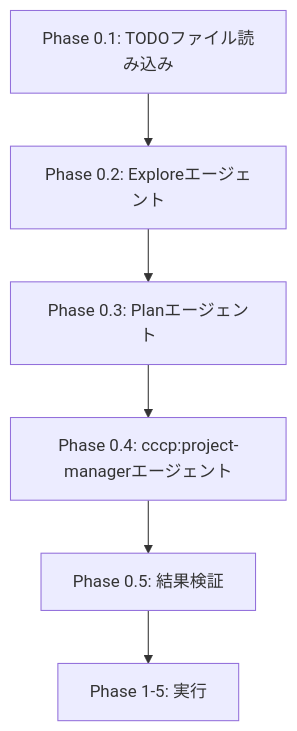
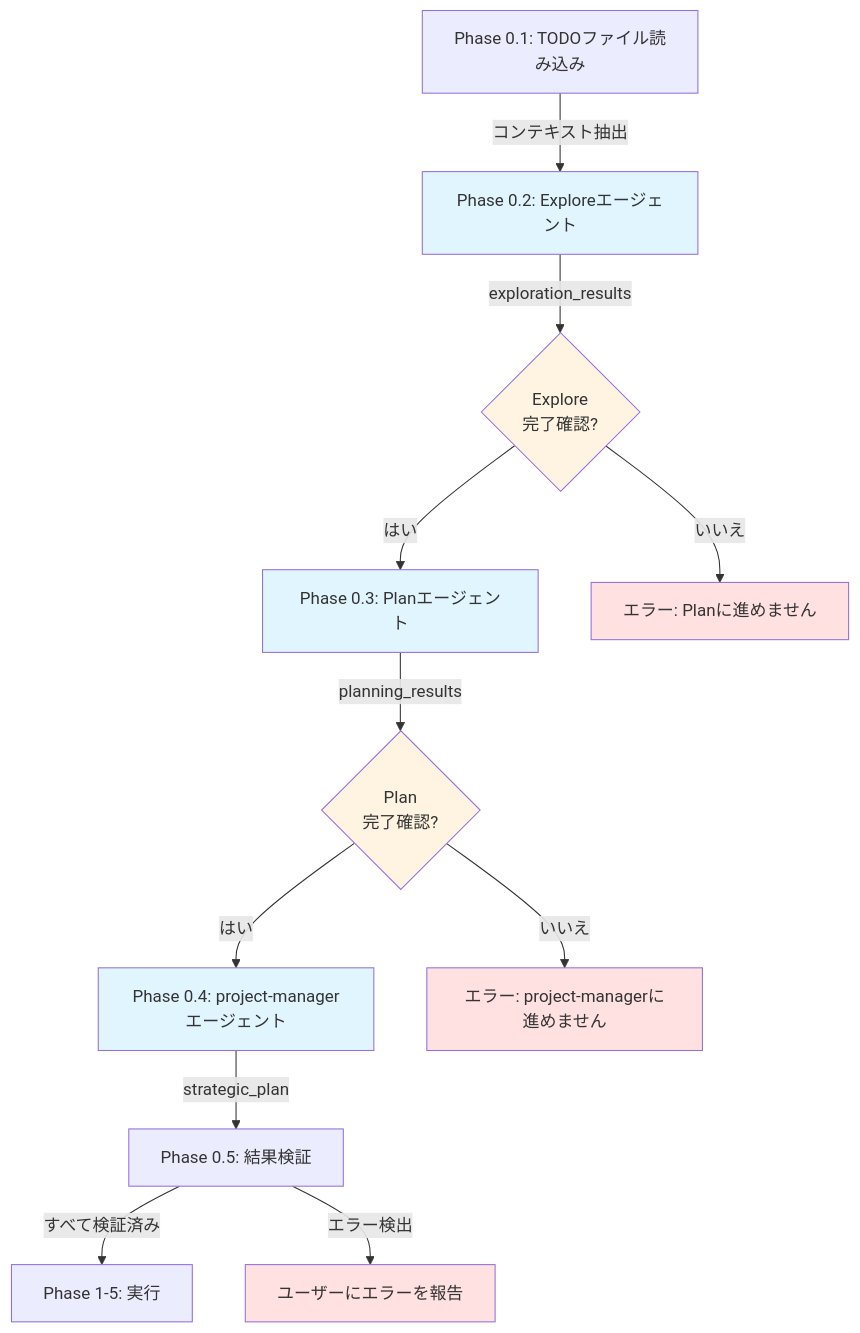
The first of 3 diagrams in plugins/cccp/TODO-TASK-HOWTO.ja.md (gendosu/gendosu-claude-plugins), drawn with Mermaid before and after one commit. The commit also changed other lines of this file, not shown here.

First line of the commit message:
docs(cccp): translate Phase 4 and 5 content to Japanese

````diff
--- a/plugins/cccp/TODO-TASK-HOWTO.ja.md
+++ b/plugins/cccp/TODO-TASK-HOWTO.ja.md
@@ -61,8 +1366,22 @@
 ```mermaid
 graph TD
-    A[Phase 0.1: TODOファイル読み込み] --> B[Phase 0.2: Exploreエージェント]
-    B --> C[Phase 0.3: Planエージェント]
-    C --> D[Phase 0.4: cccp:project-managerエージェント]
-    D --> E[Phase 0.5: 結果検証]
-    E --> F[Phase 1-5: 実行]
+    A[Phase 0.1: TODOファイル読み込み] -->|コンテキスト抽出| B[Phase 0.2: Exploreエージェント]
+    B -->|exploration_results| C{Explore<br/>完了確認?}
+    C -->|はい| D[Phase 0.3: Planエージェント]
+    C -->|いいえ| E[エラー: Planに進めません]
+    D -->|planning_results| F{Plan<br/>完了確認?}
+    F -->|はい| G[Phase 0.4: project-managerエージェント]
+    F -->|いいえ| H[エラー: project-managerに進めません]
+    G -->|strategic_plan| I[Phase 0.5: 結果検証]
+    I -->|すべて検証済み| J[Phase 1-5: 実行]
+    I -->|エラー検出| K[ユーザーにエラーを報告]
+
+    style B fill:#e1f5ff
+    style D fill:#e1f5ff
+    style G fill:#e1f5ff
+    style C fill:#fff4e1
+    style F fill:#fff4e1
+    style E fill:#ffe1e1
+    style H fill:#ffe1e1
+    style K fill:#ffe1e1
 ```
````
